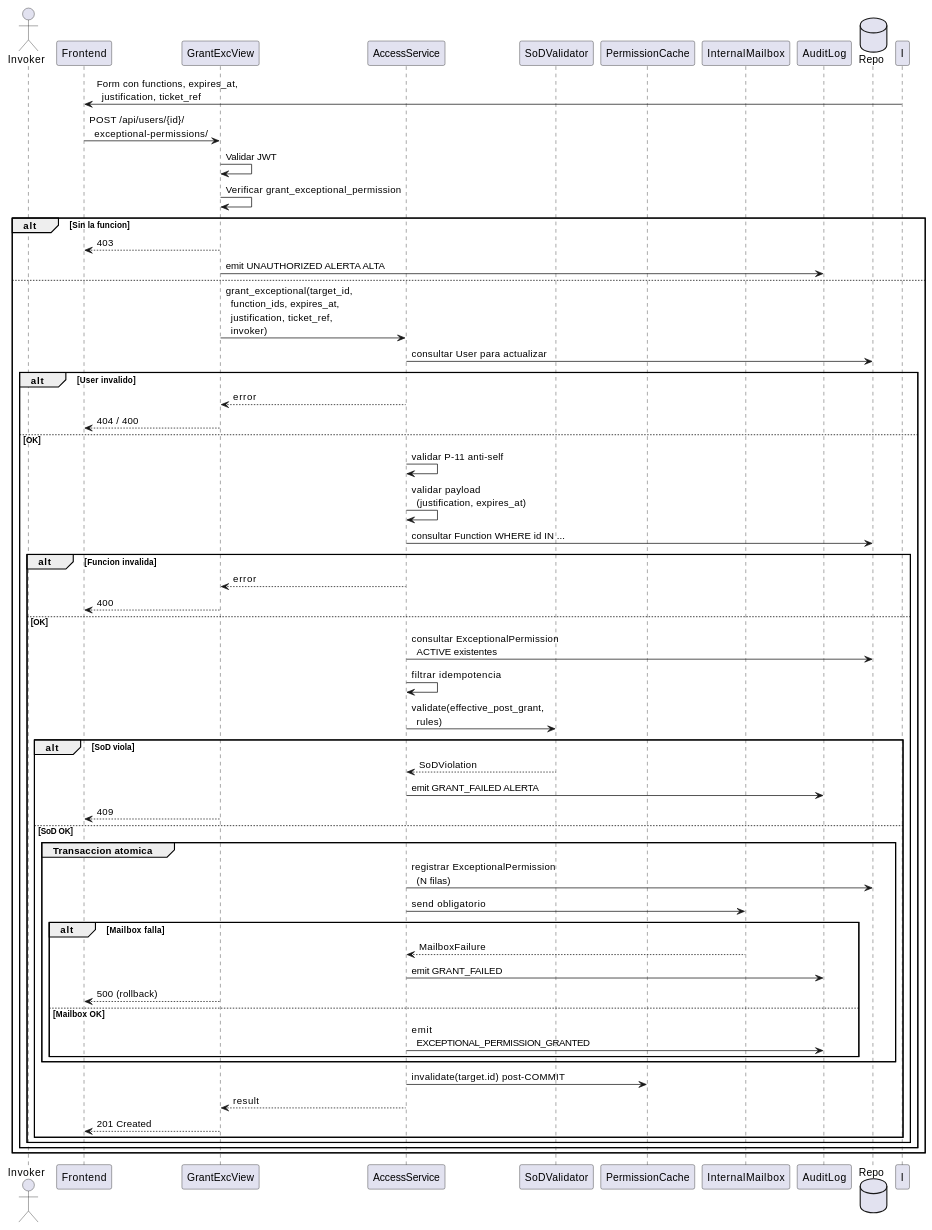
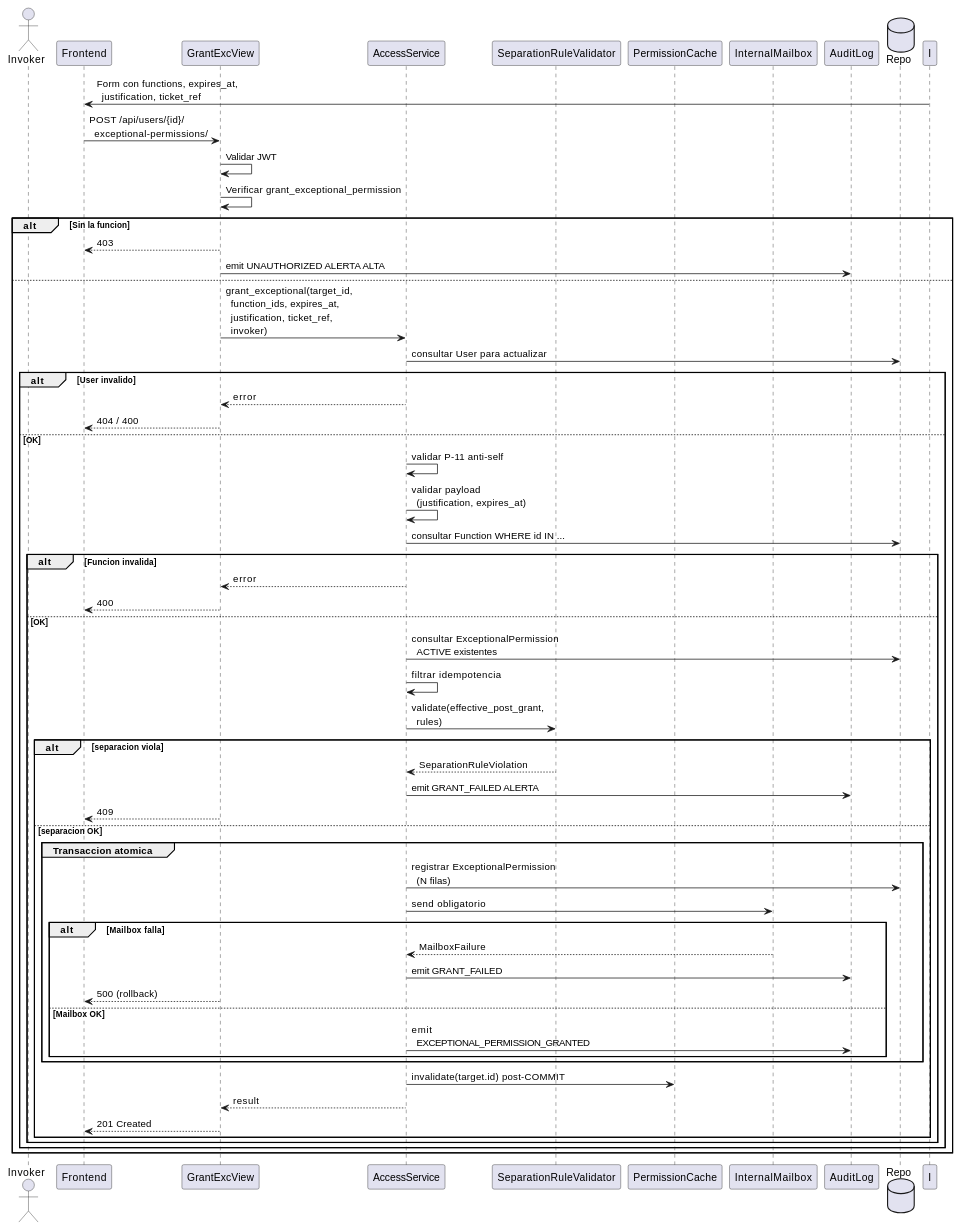
The diagram in source/requisitos/casos-uso/access/uc-acc-08/diagramas-uml/diagrama-de-secuencia.rst (jcg-admin/IACT-docs), drawn with PlantUML before and after one commit. The commit also changed 148 other files, not shown here.

```diff
--- a/source/requisitos/casos-uso/access/uc-acc-08/diagramas-uml/diagrama-de-secuencia.rst
+++ b/source/requisitos/casos-uso/access/uc-acc-08/diagramas-uml/diagrama-de-secuencia.rst
@@ -4,66 +4,66 @@
 .. uml::
  :caption: UC_ACC_08 — flujo principal
 
  @startuml
 
  actor Invoker as Invoker
  participant "Frontend" as Frontend
  participant "GrantExcView" as Grantexcview
  participant "AccessService" as Accessservice
- participant "SoDValidator" as Sodvalidator
+ participant "SeparationRuleValidator" as Sodvalidator
  participant "PermissionCache" as Permissioncache
  participant "InternalMailbox" as Internalmailbox
  participant "AuditLog" as Auditlog
  database "Repo" as Repo
 
  I -> Frontend: Form con functions, expires_at,\n  justification, ticket_ref
  Frontend -> Grantexcview: POST /api/users/{id}/\n  exceptional-permissions/
 
  Grantexcview -> Grantexcview: Validar JWT
  Grantexcview -> Grantexcview: Verificar grant_exceptional_permission
  alt Sin la funcion
    Grantexcview --> Frontend: 403
    Grantexcview -> Auditlog: emit UNAUTHORIZED ALERTA ALTA
  else
    Grantexcview -> Accessservice: grant_exceptional(target_id,\n  function_ids, expires_at,\n  justification, ticket_ref,\n  invoker)
 
    Accessservice -> Repo: consultar User para actualizar
    alt User invalido
      Accessservice --> Grantexcview: error
      Grantexcview --> Frontend: 404 / 400
    else OK
      Accessservice -> Accessservice: validar P-11 anti-self
      Accessservice -> Accessservice: validar payload\n  (justification, expires_at)
      Accessservice -> Repo: consultar Function WHERE id IN ...
      alt Funcion invalida
        Accessservice --> Grantexcview: error
        Grantexcview --> Frontend: 400
      else OK
        Accessservice -> Repo: consultar ExceptionalPermission\n  ACTIVE existentes
        Accessservice -> Accessservice: filtrar idempotencia
        Accessservice -> Sodvalidator: validate(effective_post_grant,\n  rules)
-       alt SoD viola
-         Sodvalidator --> Accessservice: SoDViolation
+       alt separacion viola
+         Sodvalidator --> Accessservice: SeparationRuleViolation
          Accessservice -> Auditlog: emit GRANT_FAILED ALERTA
          Grantexcview --> Frontend: 409
-       else SoD OK
+       else separacion OK
          group Transaccion atomica
            Accessservice -> Repo: registrar ExceptionalPermission\n  (N filas)
            Accessservice -> Internalmailbox: send obligatorio
            alt Mailbox falla
              Internalmailbox --> Accessservice: MailboxFailure
              Accessservice -> Auditlog: emit GRANT_FAILED
              Grantexcview --> Frontend: 500 (rollback)
            else Mailbox OK
              Accessservice -> Auditlog: emit\n  EXCEPTIONAL_PERMISSION_GRANTED
            end
          end
          Accessservice -> Permissioncache: invalidate(target.id) post-COMMIT
          Accessservice --> Grantexcview: result
          Grantexcview --> Frontend: 201 Created
        end
      end
    end
  end
 
  @enduml
```
